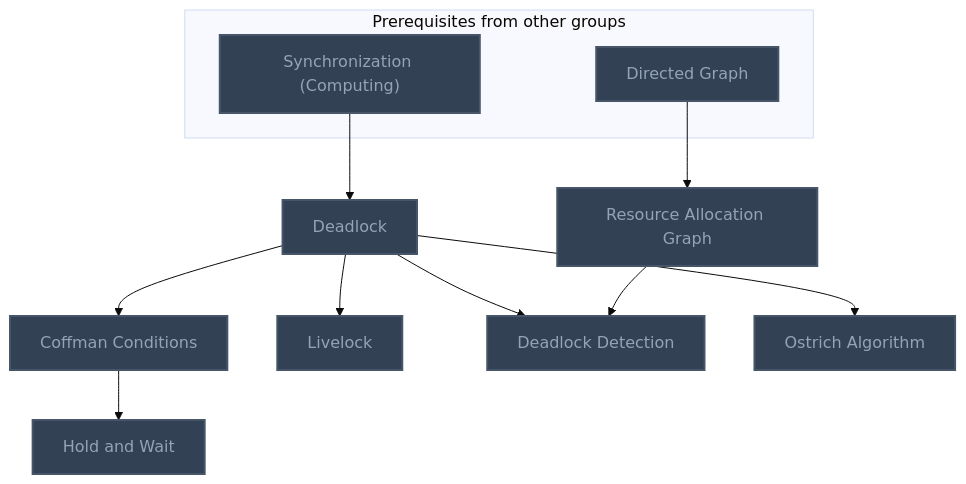
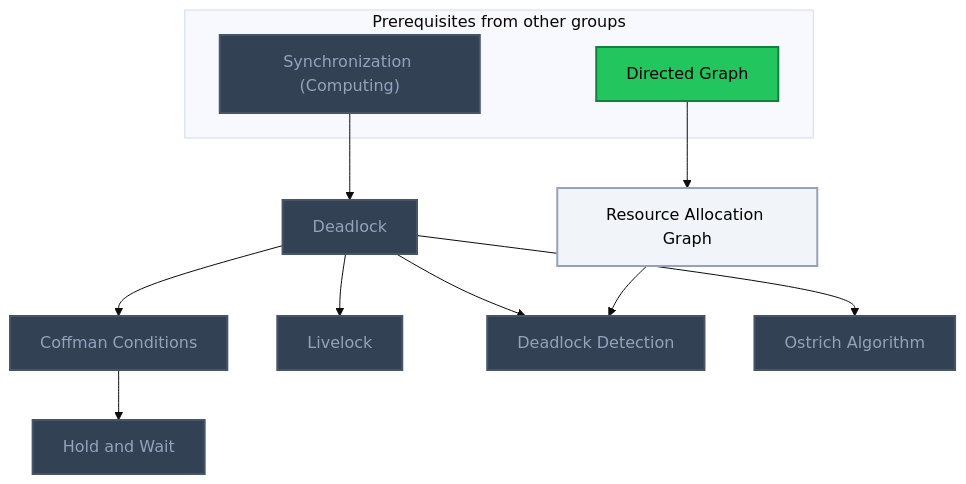
Before and after one commit to MRauf1/My-Notes: the fifth of 10 diagrams in Gamification/Skill Trees/Systems Programming.md, drawn with Mermaid (base theme). The commit also changed other lines of this file and 145 other files, not shown here.

````diff
--- a/Gamification/Skill Trees/Systems Programming.md
+++ b/Gamification/Skill Trees/Systems Programming.md
@@ -200,33 +200,35 @@
 ```mermaid
 flowchart TD
     classDef planned fill:#1E293B,stroke:#64748B,stroke-width:2px,stroke-dasharray:5 5,color:#94A3B8;
     classDef locked fill:#334155,stroke:#475569,stroke-width:2px,color:#94A3B8;
     classDef L0 fill:#F1F5F9,stroke:#94A3B8,stroke-width:2px,color:#000000;
     classDef L1 fill:#22C55E,stroke:#15803D,stroke-width:2px,color:#000000;
     classDef L2 fill:#3B82F6,stroke:#1D4ED8,stroke-width:3px,color:#FFFFFF;
     classDef L3 fill:#A855F7,stroke:#6B21A8,stroke-width:3px,color:#FFFFFF,font-weight:bold;
     classDef L4 fill:#F97316,stroke:#C2410C,stroke-width:4px,color:#000000,font-weight:bold;
     classDef L5 fill:#FFD700,stroke:#FF8C00,stroke-width:5px,color:#000000,font-weight:bold;
     classDef rusty stroke:#8B4513,stroke-width:4px,stroke-dasharray:3 3;
     subgraph sg_prereqs["Prerequisites from other groups"]
         n_synchronization_computing["Synchronization (Computing)"]
         n_directed_graph["Directed Graph"]
     end
     n_deadlock["Deadlock"]
     n_resource_allocation_graph["Resource Allocation Graph"]
     n_coffman_conditions["Coffman Conditions"]
     n_hold_and_wait["Hold and Wait"]
     n_livelock["Livelock"]
     n_deadlock_detection["Deadlock Detection"]
     n_ostrich_algorithm["Ostrich Algorithm"]
     n_synchronization_computing --> n_deadlock
     n_directed_graph --> n_resource_allocation_graph
     n_deadlock --> n_coffman_conditions
     n_deadlock --> n_livelock
     n_deadlock --> n_deadlock_detection
     n_deadlock --> n_ostrich_algorithm
     n_resource_allocation_graph --> n_deadlock_detection
     n_coffman_conditions --> n_hold_and_wait
-    class n_synchronization_computing,n_directed_graph,n_deadlock,n_resource_allocation_graph,n_coffman_conditions,n_hold_and_wait,n_livelock,n_deadlock_detection,n_ostrich_algorithm locked;
+    class n_synchronization_computing,n_deadlock,n_coffman_conditions,n_hold_and_wait,n_livelock,n_deadlock_detection,n_ostrich_algorithm locked;
+    class n_resource_allocation_graph L0;
+    class n_directed_graph L1;
     class n_synchronization_computing,n_directed_graph,n_deadlock,n_resource_allocation_graph,n_coffman_conditions,n_hold_and_wait,n_livelock,n_deadlock_detection,n_ostrich_algorithm internal-link;
 ```
````
